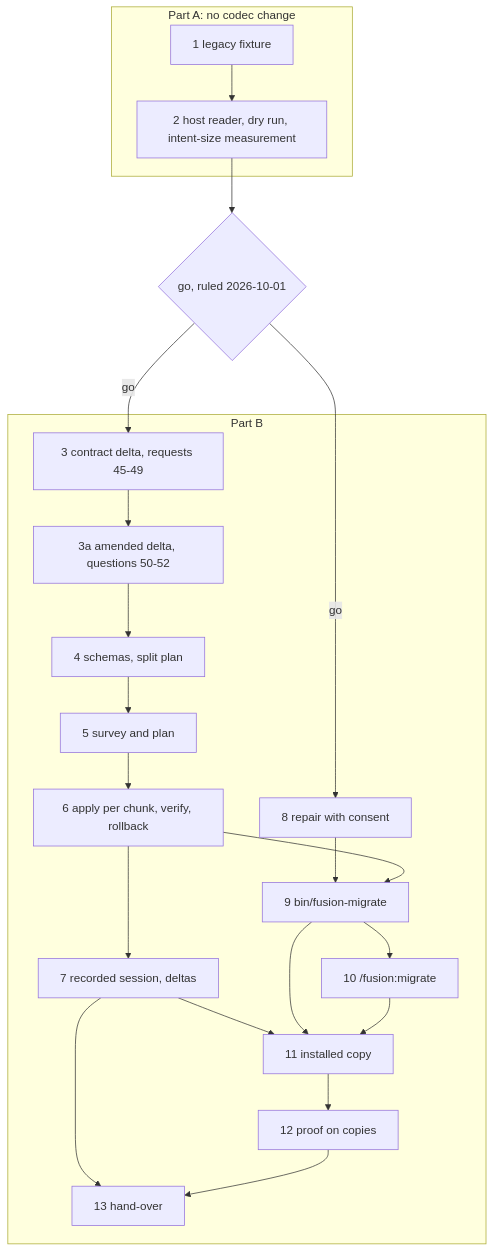
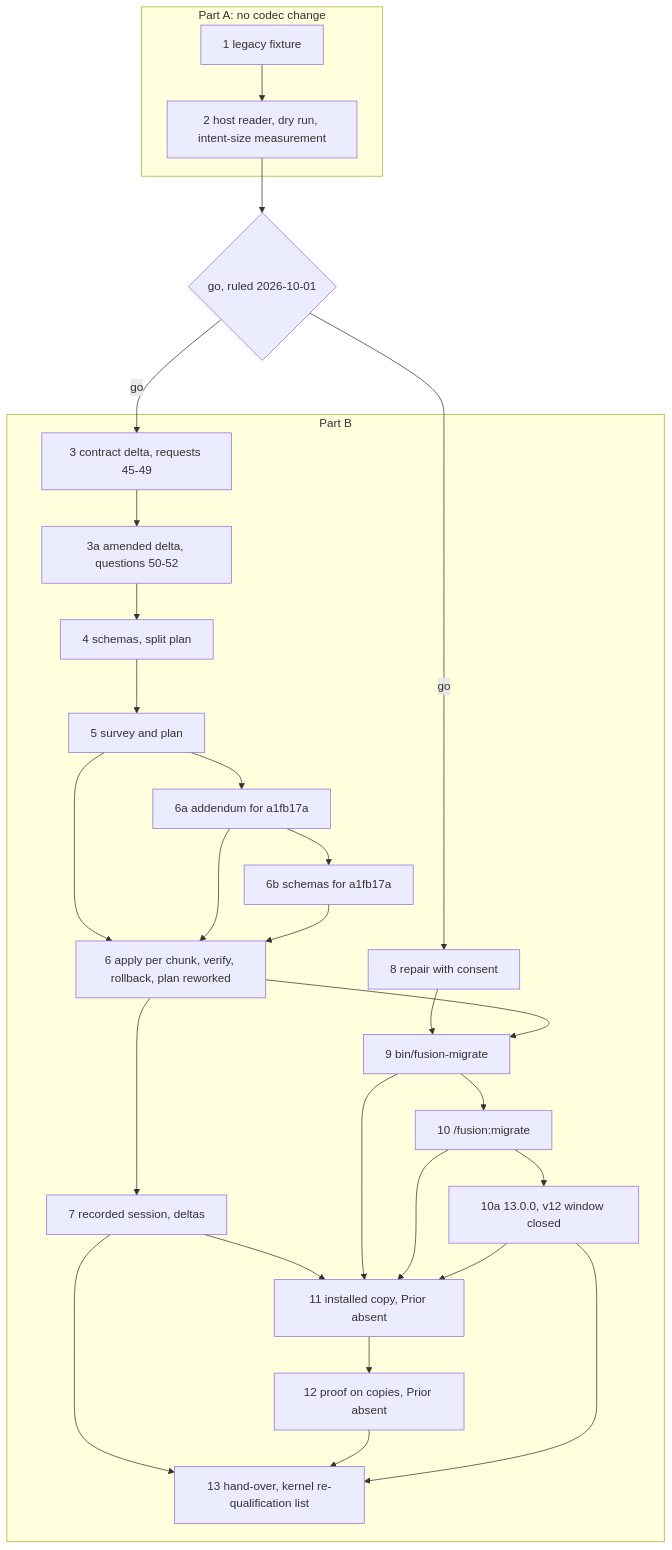
One commit to tenzoki/fusion changed the second of 2 diagrams in fusion-workbench/work-packages/260928-1338-json-control-data-and-markdown-artefacts/plans/261001-1804_p_plan-fj04-the-migration-of-a-legacy-workbench-proven-on-copies.md. Above: the diagram before and after it, drawn with Mermaid. The commit also changed other lines of this file and 2 other files, not shown here.

````diff
--- a/fusion-workbench/work-packages/260928-1338-json-control-data-and-markdown-artefacts/plans/261001-1804_p_plan-fj04-the-migration-of-a-legacy-workbench-proven-on-copies.md
+++ b/fusion-workbench/work-packages/260928-1338-json-control-data-and-markdown-artefacts/plans/261001-1804_p_plan-fj04-the-migration-of-a-legacy-workbench-proven-on-copies.md
@@ -448,25 +658,32 @@
 ```mermaid
 flowchart TD
   subgraph A["Part A: no codec change"]
     S1[1 legacy fixture] --> S2[2 host reader, dry run, intent-size measurement]
   end
   S2 --> GO{go, ruled 2026-10-01}
   subgraph B["Part B"]
     S3[3 contract delta, requests 45-49] --> S3a[3a amended delta, questions 50-52]
     S3a --> S4[4 schemas, split plan]
     S4 --> S5[5 survey and plan]
-    S5 --> S6[6 apply per chunk, verify, rollback]
+    S5 --> S6[6 apply per chunk, verify, rollback, plan reworked]
+    S5 --> S6a[6a addendum for a1fb17a]
+    S6a --> S6b[6b schemas for a1fb17a]
+    S6a --> S6
+    S6b --> S6
     S6 --> S7[7 recorded session, deltas]
     S8[8 repair with consent] --> S9[9 bin/fusion-migrate]
     S6 --> S9
     S9 --> S10[10 /fusion:migrate]
-    S7 --> S11[11 installed copy]
+    S10 --> S10a[10a 13.0.0, v12 window closed]
+    S7 --> S11[11 installed copy, Prior absent]
     S9 --> S11
     S10 --> S11
-    S11 --> S12[12 proof on copies]
-    S7 --> S13[13 hand-over]
+    S10a --> S11
+    S11 --> S12[12 proof on copies, Prior absent]
+    S7 --> S13[13 hand-over, kernel re-qualification list]
     S12 --> S13
+    S10a --> S13
   end
   GO -->|go| S3
   GO -->|go| S8
 ```
````
